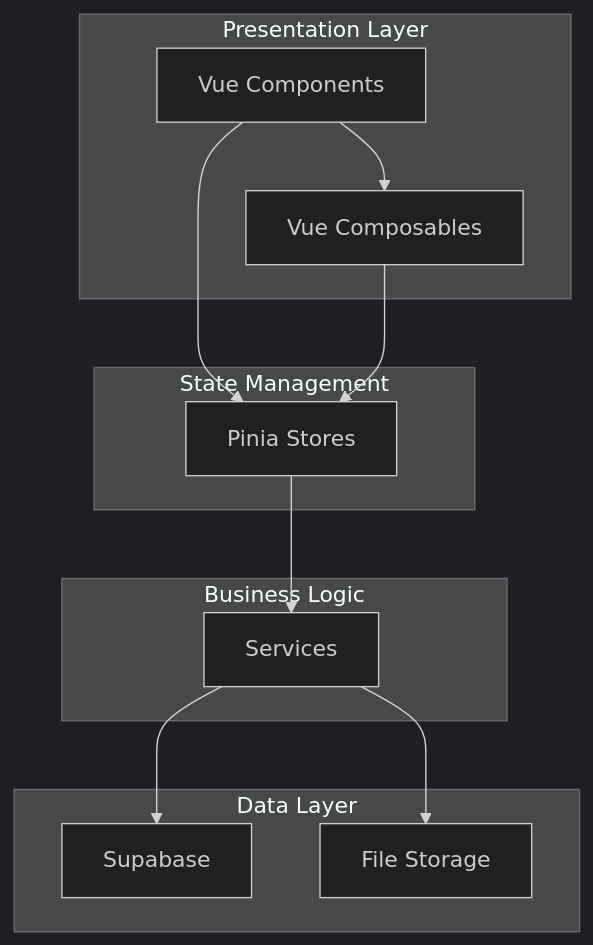
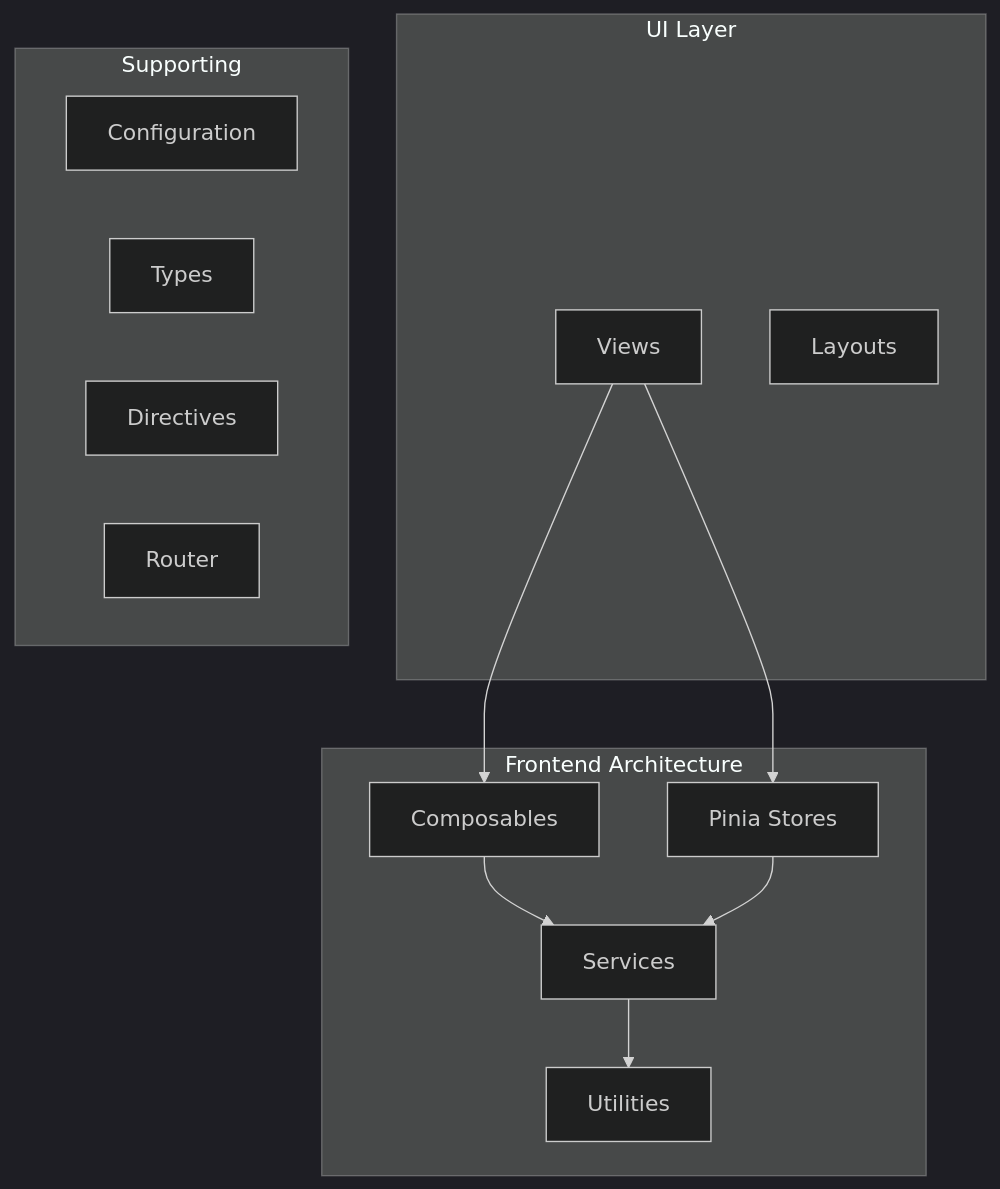
One commit to y4my4my4m/harmony changed the diagram in docs/api/index.md. Above: the diagram before and after it, drawn with Mermaid (dark theme). The commit also changed other lines of this file and 350 other files, not shown here.

````diff
--- a/docs/api/index.md
+++ b/docs/api/index.md
@@ -83,27 +7,27 @@
 ```mermaid
 graph TB
-    subgraph "Presentation Layer"
-        COMPONENTS[Vue Components]
-        COMPOSABLES[Vue Composables]
+    subgraph "Frontend Architecture"
+        COMPOSABLES[Composables]
+        STORES[Pinia Stores]
+        SERVICES[Services]
+        UTILS[Utilities]
     end
     
-    subgraph "State Management"
-        STORES[Pinia Stores]
+    subgraph "UI Layer"
+        VIEWS[Views]
+        LAYOUTS[Layouts]
     end
     
-    subgraph "Business Logic"
-        SERVICES[Services]
+    subgraph "Supporting"
+        CONFIG[Configuration]
+        TYPES[Types]
+        DIRECTIVES[Directives]
+        ROUTER[Router]
     end
     
-    subgraph "Data Layer"
-        SUPABASE[Supabase]
-        STORAGE[File Storage]
-    end
-    
-    COMPONENTS --> COMPOSABLES
-    COMPONENTS --> STORES
-    COMPOSABLES --> STORES
+    VIEWS --> COMPOSABLES
+    VIEWS --> STORES
+    COMPOSABLES --> SERVICES
     STORES --> SERVICES
-    SERVICES --> SUPABASE
-    SERVICES --> STORAGE
+    SERVICES --> UTILS
 ```
````
